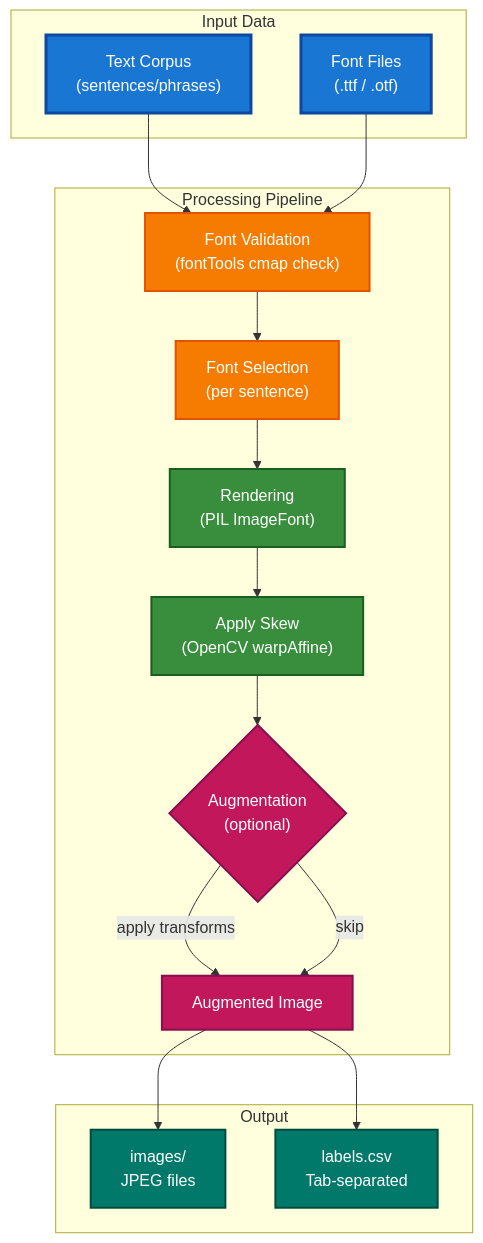
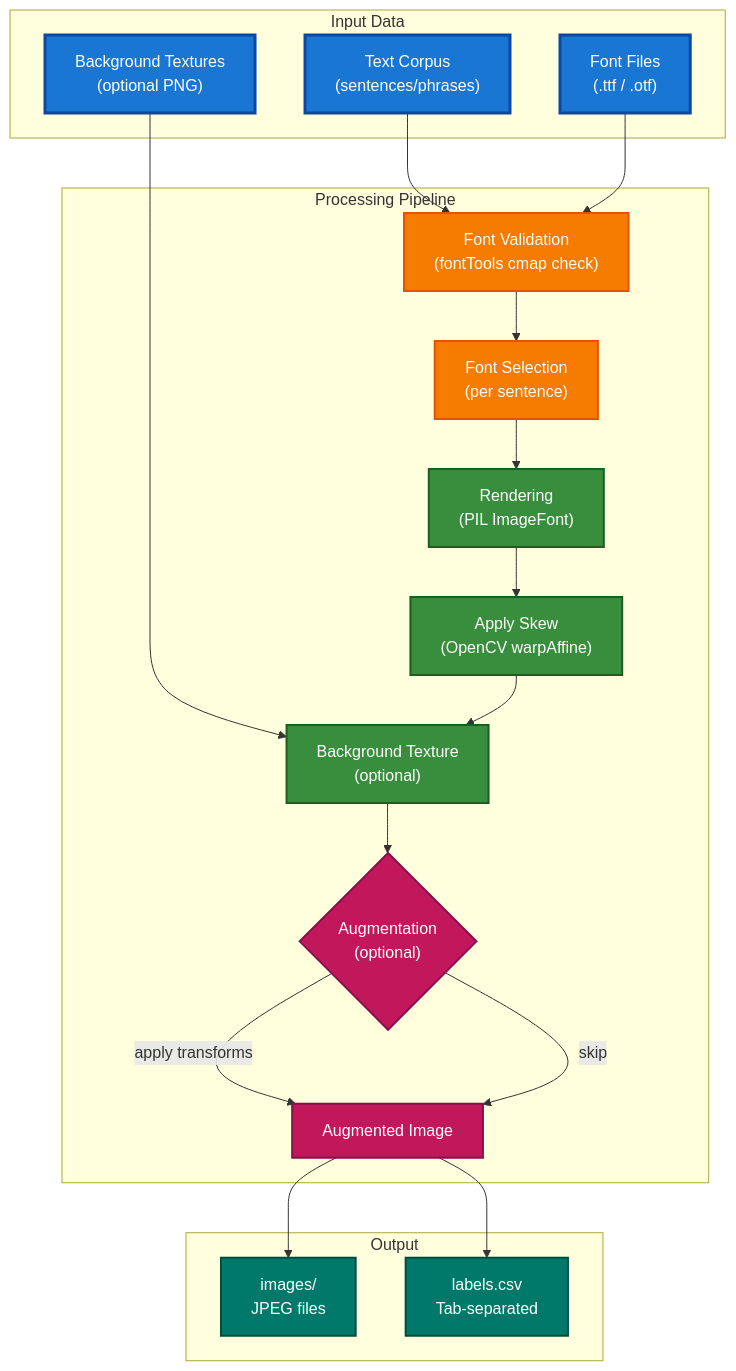
The second of 2 diagrams in README.md (ValeriiSielikhov/ukrainian-handwriting-synth), drawn with Mermaid before and after one commit. The commit also changed other lines of this file, not shown here.

````diff
--- a/README.md
+++ b/README.md
@@ -97,42 +99,46 @@
 ```mermaid
 ---
 config:
   layout: dagre
 ---
 flowchart TD
     classDef input fill:#1976d2,stroke:#0d47a1,stroke-width:3px,color:#fff
     classDef process fill:#f57c00,stroke:#e65100,stroke-width:2px,color:#fff
     classDef render fill:#388e3c,stroke:#1b5e20,stroke-width:2px,color:#fff
     classDef augment fill:#c2185b,stroke:#880e4f,stroke-width:2px,color:#fff
     classDef output fill:#00796b,stroke:#004d40,stroke-width:2px,color:#fff
 
     subgraph Input["Input Data"]
         Text["Text Corpus<br/>(sentences/phrases)"]:::input
         FontDir["Font Files<br/>(.ttf / .otf)"]:::input
+        BgDir["Background Textures<br/>(optional PNG)"]:::input
     end
 
     subgraph Processing["Processing Pipeline"]
         Validation["Font Validation<br/>(fontTools cmap check)"]:::process
         Selection["Font Selection<br/>(per sentence)"]:::process
         Render["Rendering<br/>(PIL ImageFont)"]:::render
         Skew["Apply Skew<br/>(OpenCV warpAffine)"]:::render
+        BgTex["Background Texture<br/>(optional)"]:::render
         Augment{"Augmentation<br/>(optional)"}:::augment
         AugOut["Augmented Image"]:::augment
     end
 
     subgraph Output["Output"]
         Images["images/<br/>JPEG files"]:::output
         Labels["labels.csv<br/>Tab-separated"]:::output
     end
 
     Text --> Validation
     FontDir --> Validation
+    BgDir --> BgTex
     Validation --> Selection
     Selection --> Render
     Render --> Skew
-    Skew --> Augment
+    Skew --> BgTex
+    BgTex --> Augment
     Augment -->|"apply transforms"| AugOut
     Augment -->|"skip"| AugOut
     AugOut --> Images
     AugOut --> Labels
 ```
````
